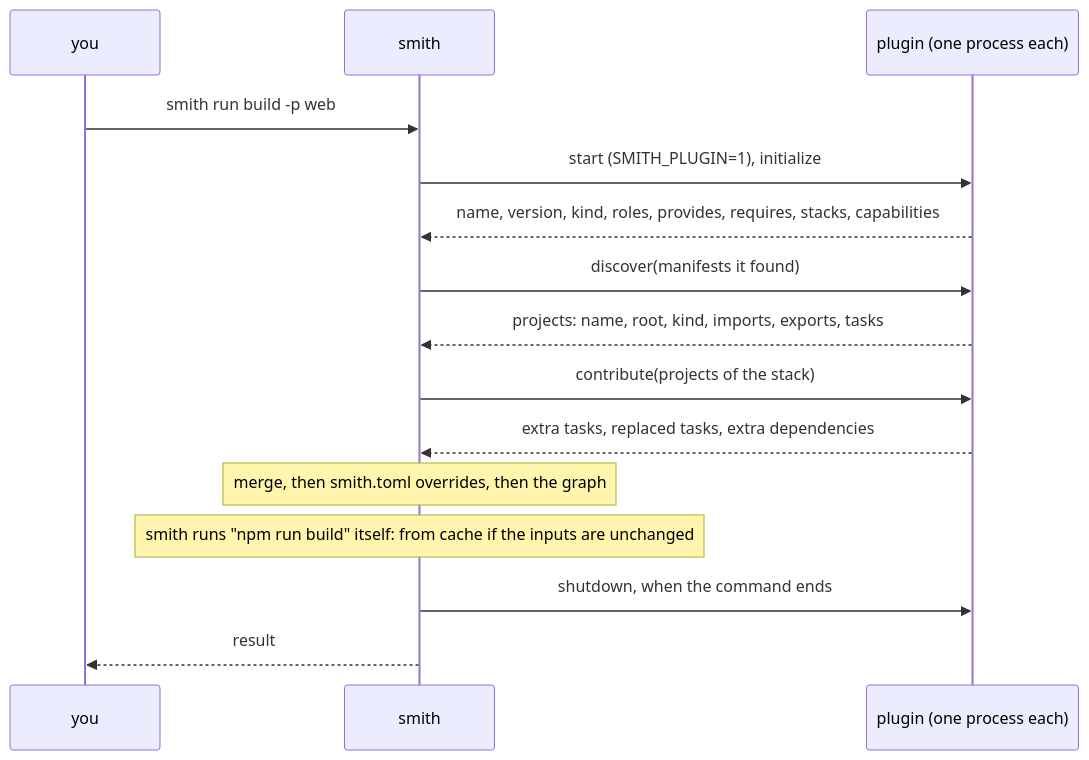
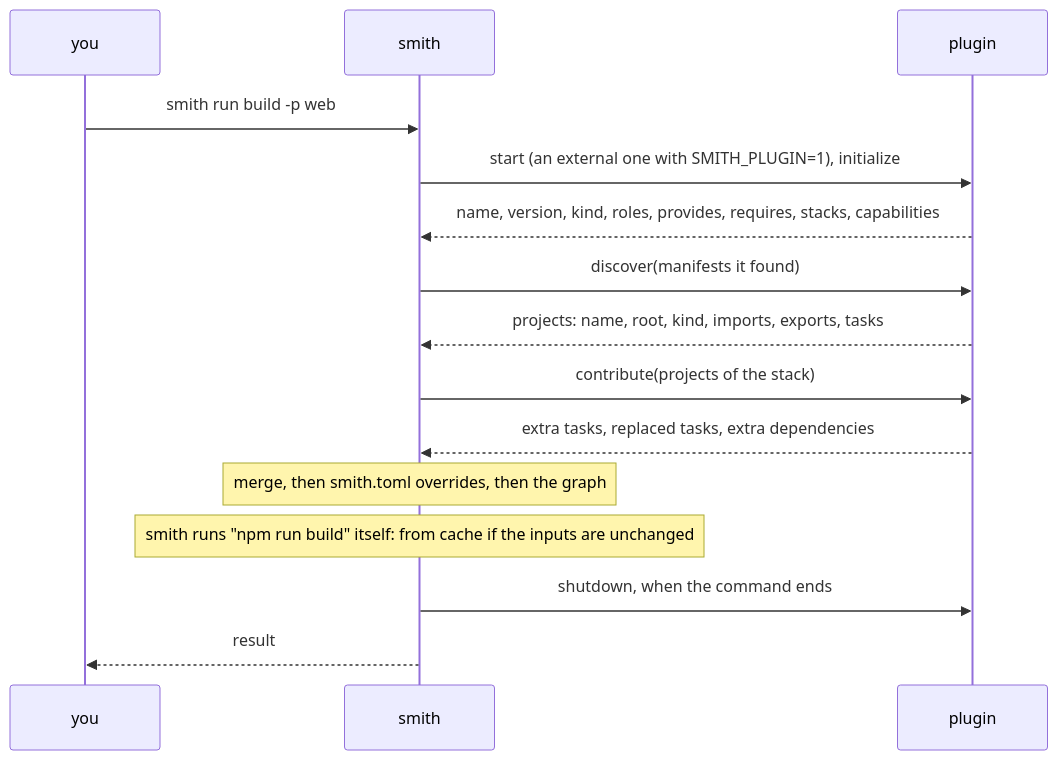
One commit to monosmith-app/monosmith changed the first of 2 diagrams in docs/plugins/using/what-is-a-plugin.md. Above: the diagram before and after it, drawn with Mermaid. The commit also changed other lines of this file and 20 other files, not shown here.

Commit message:
docs: built-in plugins run inside the smith process

````diff
--- a/docs/plugins/using/what-is-a-plugin.md
+++ b/docs/plugins/using/what-is-a-plugin.md
@@ -21,17 +22,17 @@
 ```mermaid
 sequenceDiagram
   participant U as you
   participant S as smith
-  participant P as plugin (one process each)
+  participant P as plugin
   U->>S: smith run build -p web
-  S->>P: start (SMITH_PLUGIN=1), initialize
+  S->>P: start (an external one with SMITH_PLUGIN=1), initialize
   P-->>S: name, version, kind, roles, provides, requires, stacks, capabilities
   S->>P: discover(manifests it found)
   P-->>S: projects: name, root, kind, imports, exports, tasks
   S->>P: contribute(projects of the stack)
   P-->>S: extra tasks, replaced tasks, extra dependencies
   Note over S: merge, then smith.toml overrides, then the graph
   Note over S: smith runs "npm run build" itself: from cache if the inputs are unchanged
   S->>P: shutdown, when the command ends
   S-->>U: result
 ```
````
